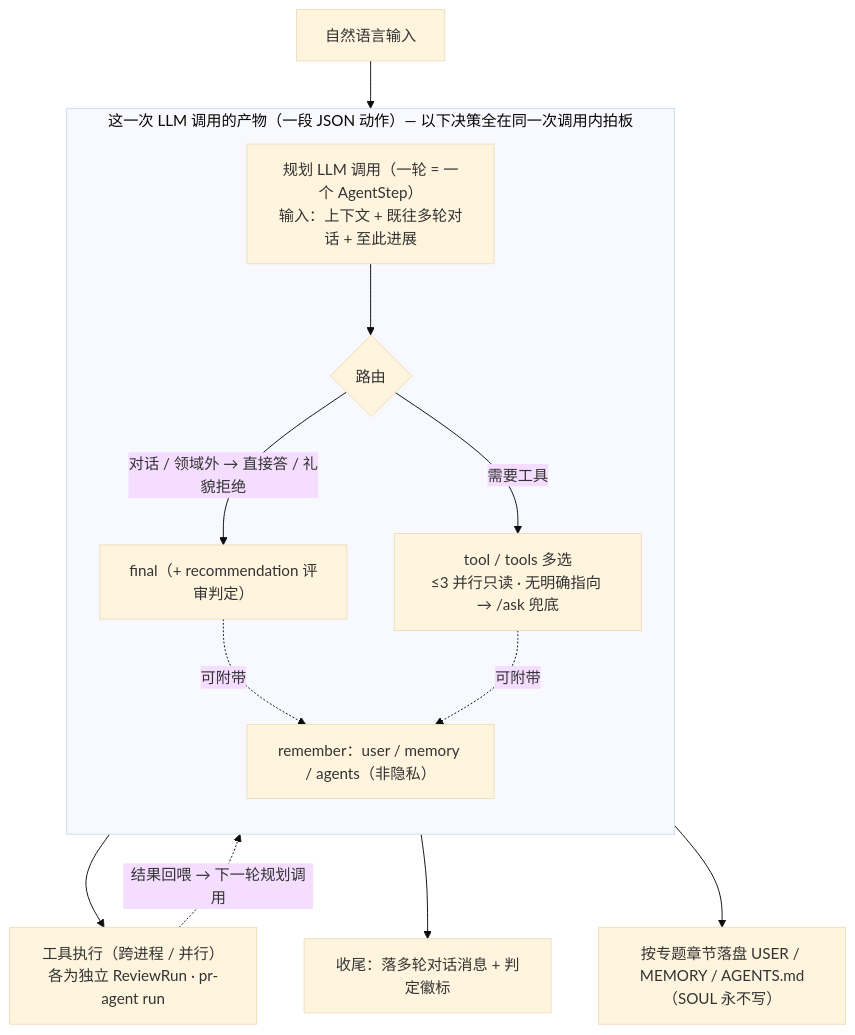
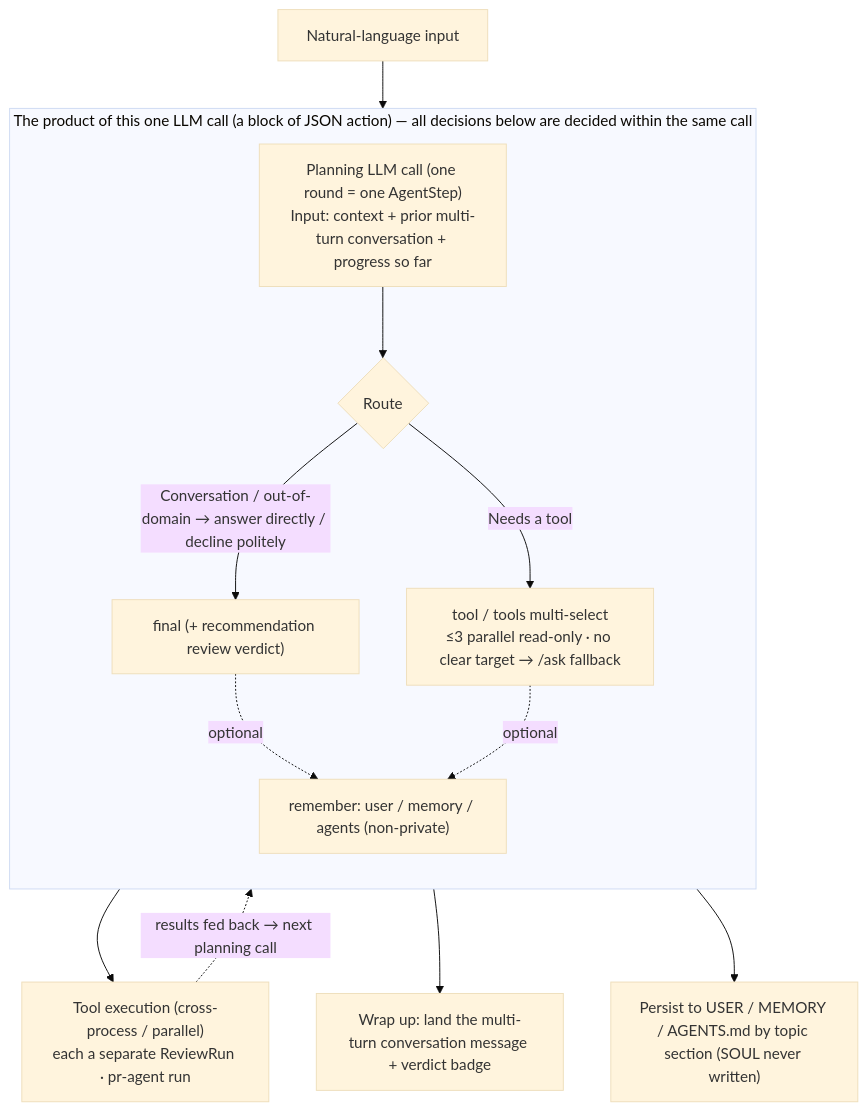
One commit to huhamhire/code-meeseeks changed the diagram in docs/arch/02-agent/02-session.md. Above: the diagram before and after it, drawn with Mermaid (base theme). The commit also changed other lines of this file and 5 other files, not shown here.

````diff
--- a/docs/arch/02-agent/02-session.md
+++ b/docs/arch/02-agent/02-session.md
@@ -78,18 +77,18 @@
 ```mermaid
 flowchart TD
-    U["自然语言输入"] --> CALL["规划 LLM 调用（一轮 = 一个 AgentStep）<br/>输入：上下文 + 既往多轮对话 + 至此进展"]
+    U["Natural-language input"] --> CALL["Planning LLM call (one round = one AgentStep)<br/>Input: context + prior multi-turn conversation + progress so far"]
 
-    subgraph ONECALL["这一次 LLM 调用的产物（一段 JSON 动作）— 以下决策全在同一次调用内拍板"]
+    subgraph ONECALL["The product of this one LLM call (a block of JSON action) — all decisions below are decided within the same call"]
         direction TB
-        CALL --> ROUTE{"路由"}
-        ROUTE -- "对话 / 领域外 → 直接答 / 礼貌拒绝" --> FIN["final（+ recommendation 评审判定）"]
-        ROUTE -- "需要工具" --> SEL["tool / tools 多选<br/>≤3 并行只读 · 无明确指向 → /ask 兜底"]
-        FIN -. 可附带 .-> REM["remember：user / memory / agents（非隐私）"]
-        SEL -. 可附带 .-> REM
+        CALL --> ROUTE{"Route"}
+        ROUTE -- "Conversation / out-of-domain → answer directly / decline politely" --> FIN["final (+ recommendation review verdict)"]
+        ROUTE -- "Needs a tool" --> SEL["tool / tools multi-select<br/>≤3 parallel read-only · no clear target → /ask fallback"]
+        FIN -. optional .-> REM["remember: user / memory / agents (non-private)"]
+        SEL -. optional .-> REM
     end
 
-    SEL --> EXEC["工具执行（跨进程 / 并行）<br/>各为独立 ReviewRun · pr-agent run"]
-    EXEC -. "结果回喂 → 下一轮规划调用" .-> CALL
-    FIN --> DONE["收尾：落多轮对话消息 + 判定徽标"]
-    REM --> MEM["按专题章节落盘 USER / MEMORY / AGENTS.md（SOUL 永不写）"]
+    SEL --> EXEC["Tool execution (cross-process / parallel)<br/>each a separate ReviewRun · pr-agent run"]
+    EXEC -. "results fed back → next planning call" .-> CALL
+    FIN --> DONE["Wrap up: land the multi-turn conversation message + verdict badge"]
+    REM --> MEM["Persist to USER / MEMORY / AGENTS.md by topic section (SOUL never written)"]
 ```
````
